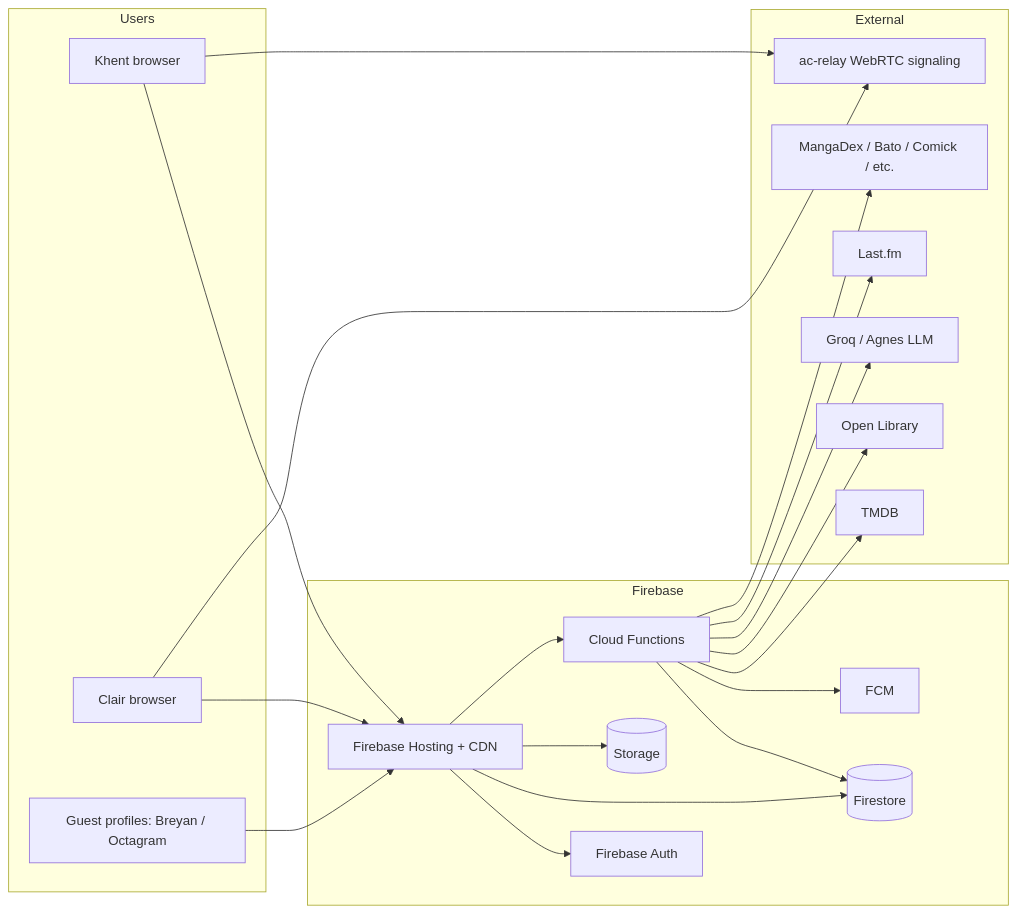
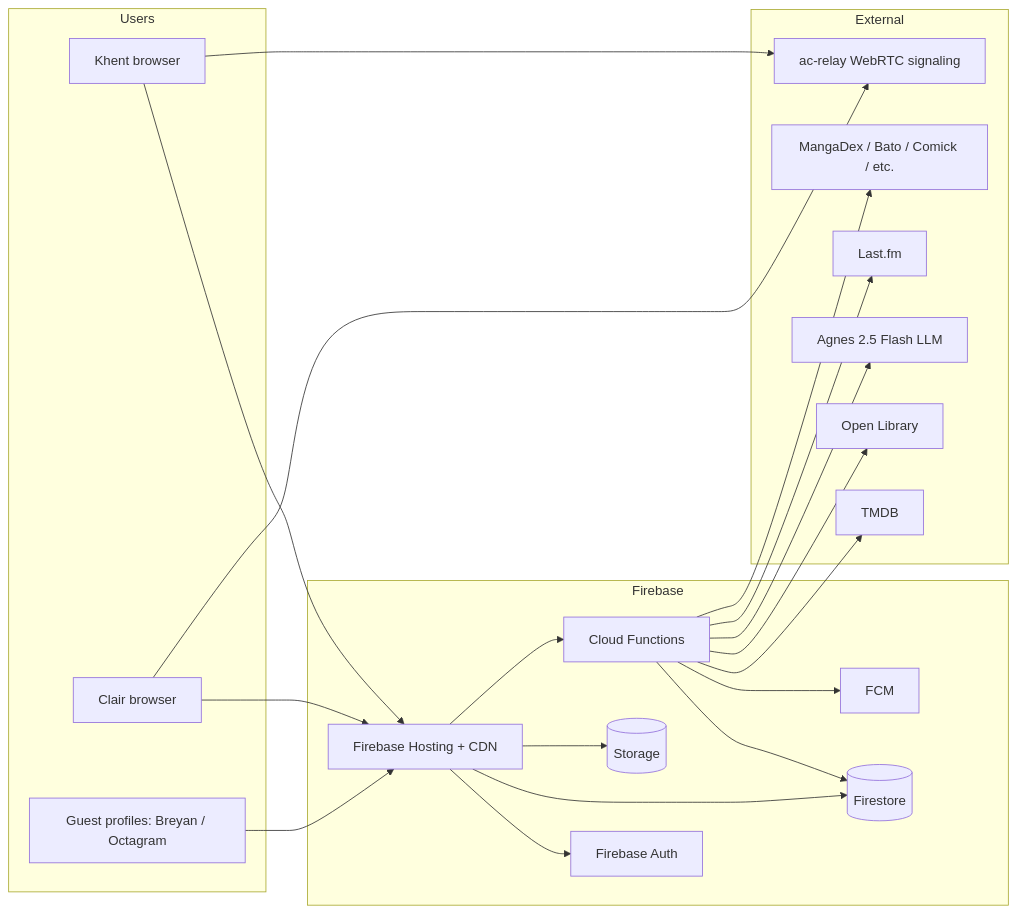
The first of 7 diagrams in docs/ARCHITECTURE.md (khentmoba/Everglow), drawn with Mermaid before and after one commit. The commit also changed other lines of this file and 153 other files, not shown here.

````diff
--- a/docs/ARCHITECTURE.md
+++ b/docs/ARCHITECTURE.md
@@ -32,43 +32,43 @@
 ```mermaid
 flowchart LR
   subgraph Users
     K[Khent browser]
     C[Clair browser]
     G[Guest profiles: Breyan / Octagram]
   end
 
   subgraph Firebase
     H[Firebase Hosting + CDN]
     A[Firebase Auth]
     F[(Firestore)]
     S[(Storage)]
     FN[Cloud Functions]
     M[FCM]
   end
 
   subgraph External
     TMDB[TMDB]
     OL[Open Library]
-    GROQ[Groq / Agnes LLM]
+    AGNES[Agnes 2.5 Flash LLM]
     LF[Last.fm]
     MD[MangaDex / Bato / Comick / etc.]
     REL[ac-relay WebRTC signaling]
   end
 
   K --> H
   C --> H
   G --> H
   H --> A
   H --> F
   H --> S
   H --> FN
   FN --> F
   FN --> M
   FN --> TMDB
   FN --> OL
-  FN --> GROQ
+  FN --> AGNES
   FN --> LF
   FN --> MD
   K --> REL
   C --> REL
 ```
````
